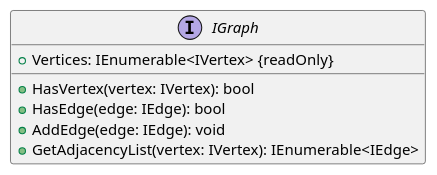
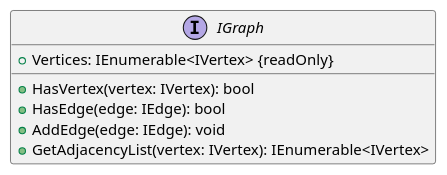
The diagram in presentation/architecture/puml/domain/IGraph.puml (Sergho/circuits), drawn with PlantUML before and after one commit. The commit also changed 30 other files, not shown here.

Commit message:
refactor to uml diagram

```diff
--- a/presentation/architecture/puml/domain/IGraph.puml
+++ b/presentation/architecture/puml/domain/IGraph.puml
@@ -1,12 +1,12 @@
 @startuml IGraph
 
 interface IGraph {
     + Vertices: IEnumerable<IVertex> {readOnly}
 
     + HasVertex(vertex: IVertex): bool
     + HasEdge(edge: IEdge): bool
     + AddEdge(edge: IEdge): void
-    + GetAdjacencyList(vertex: IVertex): IEnumerable<IEdge>
+    + GetAdjacencyList(vertex: IVertex): IEnumerable<IVertex>
 }
 
 @enduml
```
